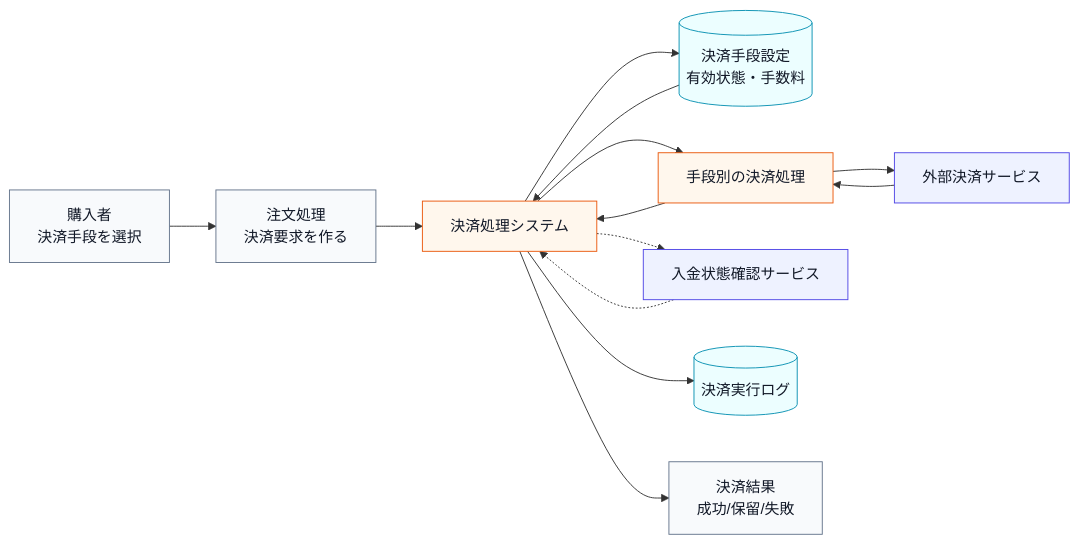
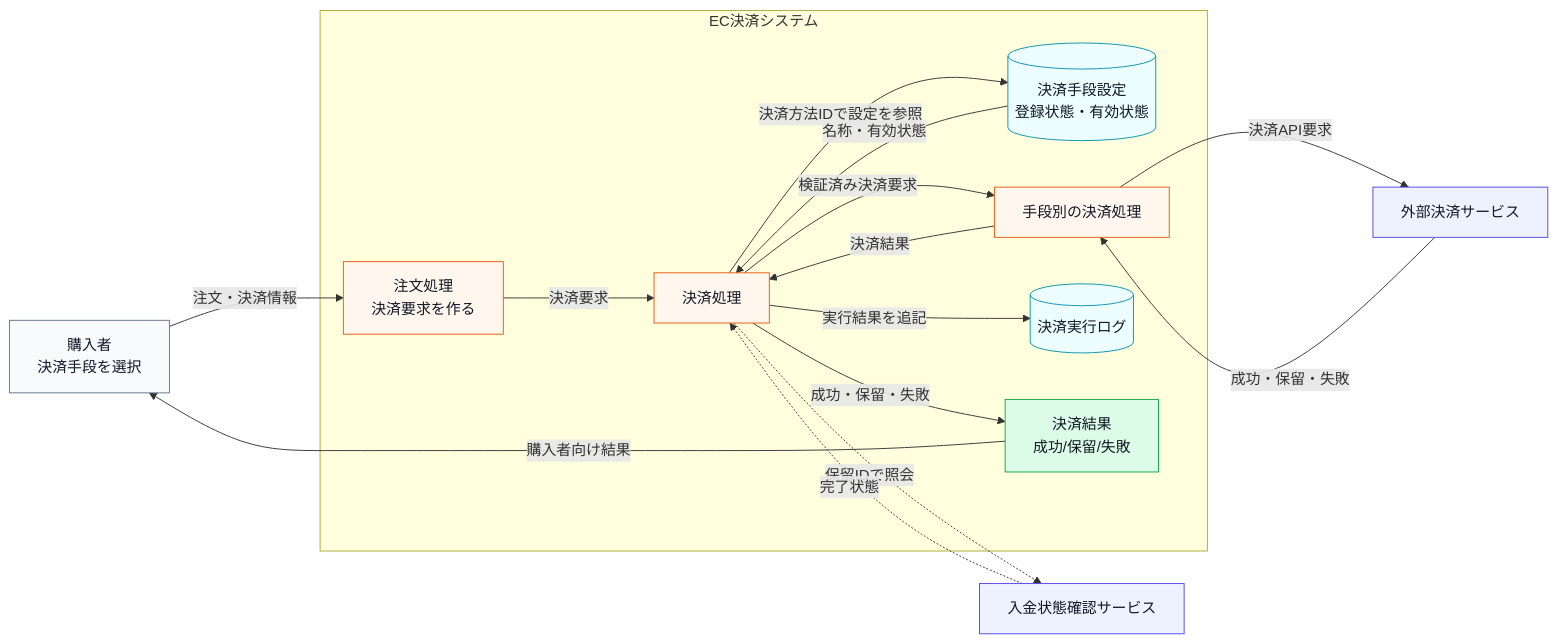
The first of 13 diagrams in kindle/design-patterns/output/chapter08.md (kumachan1101-pixel/DesignPattern), drawn with Mermaid before and after one commit. The commit also changed other lines of this file and 13 other files, not shown here.

````diff
--- a/kindle/design-patterns/output/chapter08.md
+++ b/kindle/design-patterns/output/chapter08.md
@@ -92,24 +92,37 @@
 ```mermaid
 flowchart LR
-    U["購入者<br>決済手段を選択"] --> O["注文処理<br>決済要求を作る"]
-    O --> A["決済処理システム"]
-    A --> R[("決済手段設定<br>有効状態・手数料")]
-    R --> A
-    A --> P["手段別の決済処理"]
-    P --> G["外部決済サービス"]
-    G --> P
-    P --> A
-    A -.-> S["入金状態確認サービス"]
-    S -.-> A
-    A --> L[("決済実行ログ")]
-    A --> O2["決済結果<br>成功/保留/失敗"]
+    U["購入者<br>決済手段を選択"] -->|"注文・決済情報"| O
+
+    subgraph PAYMENT["EC決済システム"]
+        O["注文処理<br>決済要求を作る"]
+        A["決済処理"]
+        R[("決済手段設定<br>登録状態・有効状態")]
+        P["手段別の決済処理"]
+        L[("決済実行ログ")]
+        O2["決済結果<br>成功/保留/失敗"]
+        O -->|"決済要求"| A
+        A -->|"決済方法IDで設定を参照"| R
+        R -->|"名称・有効状態"| A
+        A -->|"検証済み決済要求"| P
+        P -->|"決済結果"| A
+        A -->|"実行結果を追記"| L
+        A -->|"成功・保留・失敗"| O2
+    end
+
+    P -->|"決済API要求"| G["外部決済サービス"]
+    G -->|"成功・保留・失敗"| P
+    A -.->|"保留IDで照会"| S["入金状態確認サービス"]
+    S -.->|"完了状態"| A
+    O2 -->|"購入者向け結果"| U
 
     classDef actor fill:#f8fafc,stroke:#64748b,color:#111827;
     classDef data fill:#ecfeff,stroke:#0891b2,color:#111827;
     classDef process fill:#fff7ed,stroke:#ea580c,color:#111827;
     classDef boundary fill:#eef2ff,stroke:#4f46e5,color:#111827;
-    class U,O,O2 actor;
+    classDef result fill:#dcfce7,stroke:#16a34a,color:#111827;
+    class U actor;
     class R,L data;
-    class A,P process;
+    class O,A,P process;
+    class O2 result;
     class G,S boundary;
 ```
````
